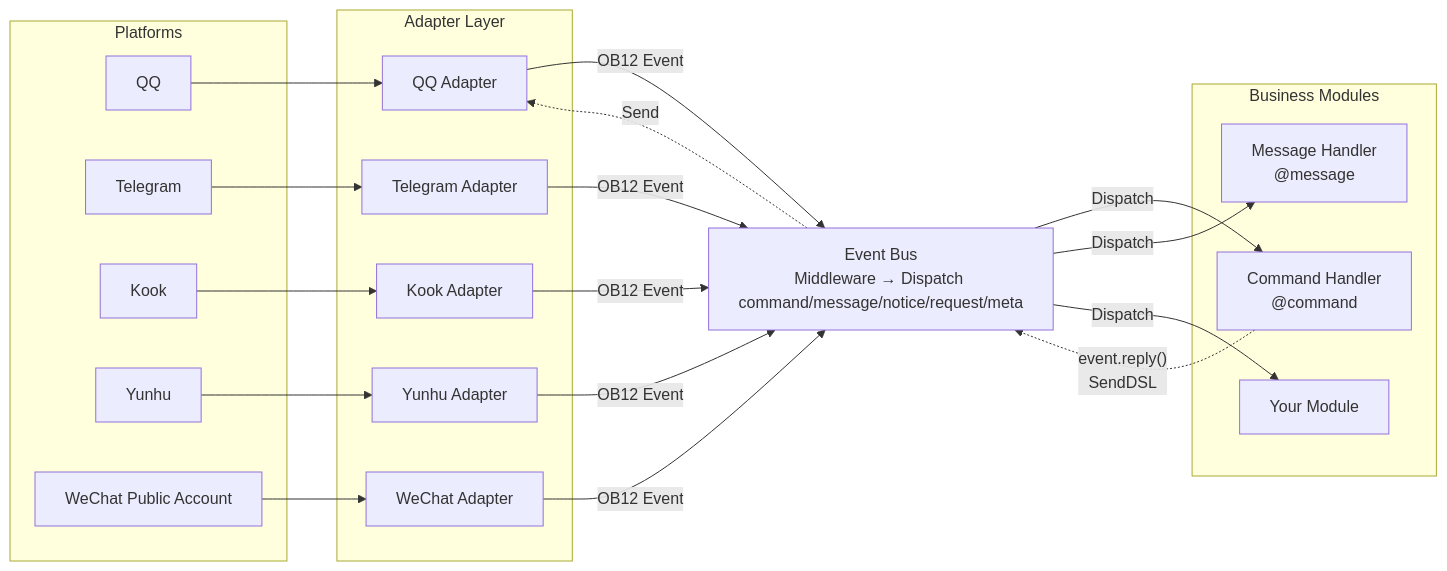
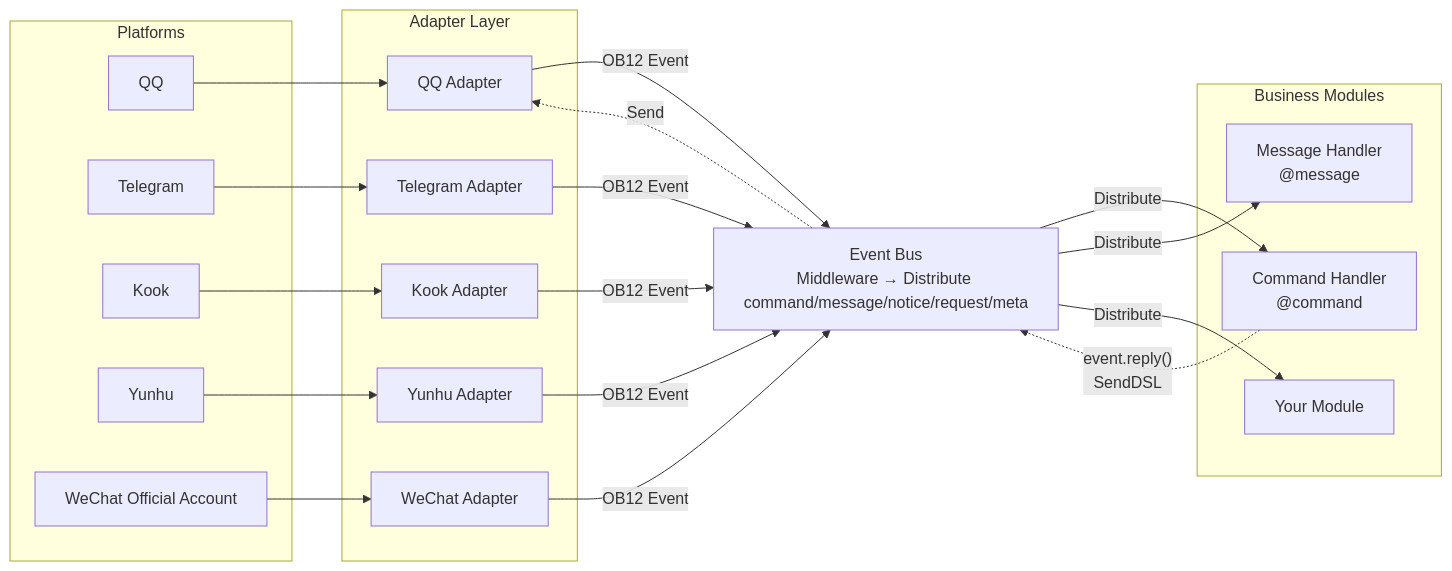
The first of 2 diagrams in README.md (ErisPulse/ErisPulse), drawn with Mermaid before and after one commit. The commit also changed other lines of this file and 31 other files, not shown here.

````diff
--- a/README.md
+++ b/README.md
@@ -112,45 +112,45 @@
 ```mermaid
 graph LR
     subgraph Platforms[Platforms]
         QQ["QQ"]
         TG["Telegram"]
         Kook["Kook"]
         YH["Yunhu"]
-        WX["WeChat Public Account"]
+        WX["WeChat Official Account"]
     end
 
     subgraph Adapters[Adapter Layer]
         A1["QQ Adapter"]
         A2["Telegram Adapter"]
         A3["Kook Adapter"]
         A4["Yunhu Adapter"]
         A5["WeChat Adapter"]
     end
 
-    Event["Event Bus<br/>Middleware → Dispatch command/message/notice/request/meta"]
+    Event["Event Bus<br/>Middleware → Distribute command/message/notice/request/meta"]
 
     subgraph Modules[Business Modules]
         M1["Command Handler<br/>@command"]
         M2["Message Handler<br/>@message"]
         M3["Your Module"]
     end
 
     QQ --> A1
     TG --> A2
     Kook --> A3
     YH --> A4
     WX --> A5
 
     A1 -->|"OB12 Event"| Event
     A2 -->|"OB12 Event"| Event
     A3 -->|"OB12 Event"| Event
     A4 -->|"OB12 Event"| Event
     A5 -->|"OB12 Event"| Event
 
-    Event -->|"Dispatch"| M1
-    Event -->|"Dispatch"| M2
-    Event -->|"Dispatch"| M3
+    Event -->|"Distribute"| M1
+    Event -->|"Distribute"| M2
+    Event -->|"Distribute"| M3
 
     M1 -.->|"event.reply()<br/>SendDSL"| Event
     Event -.->|"Send"| A1
 ```
````
